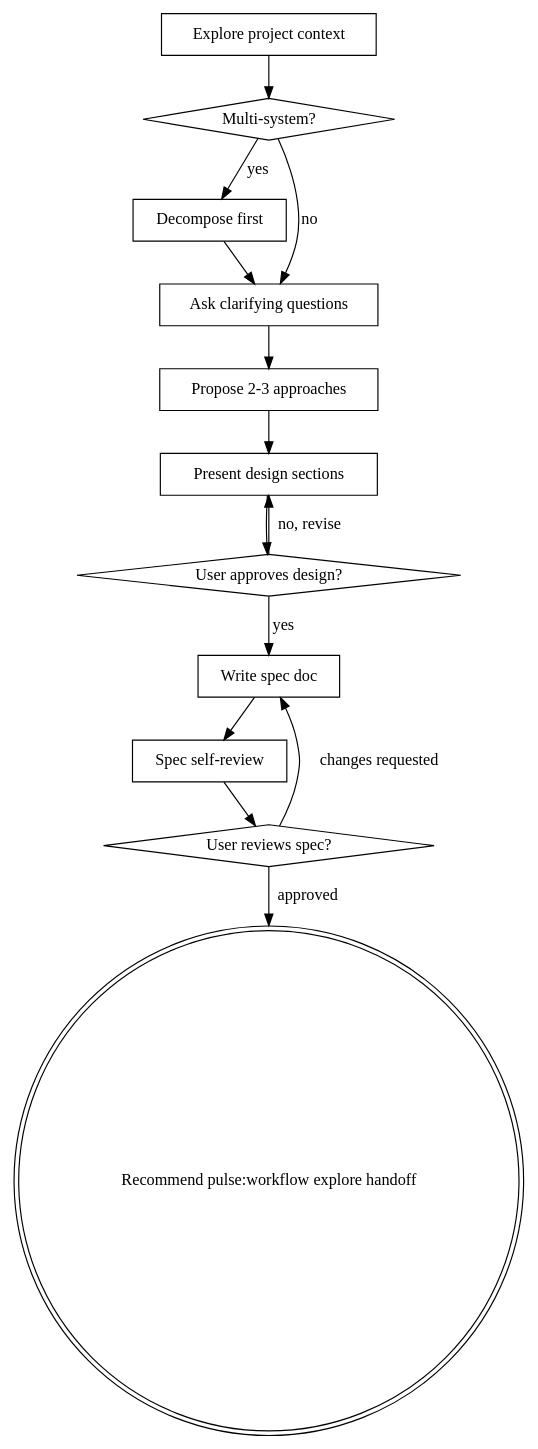
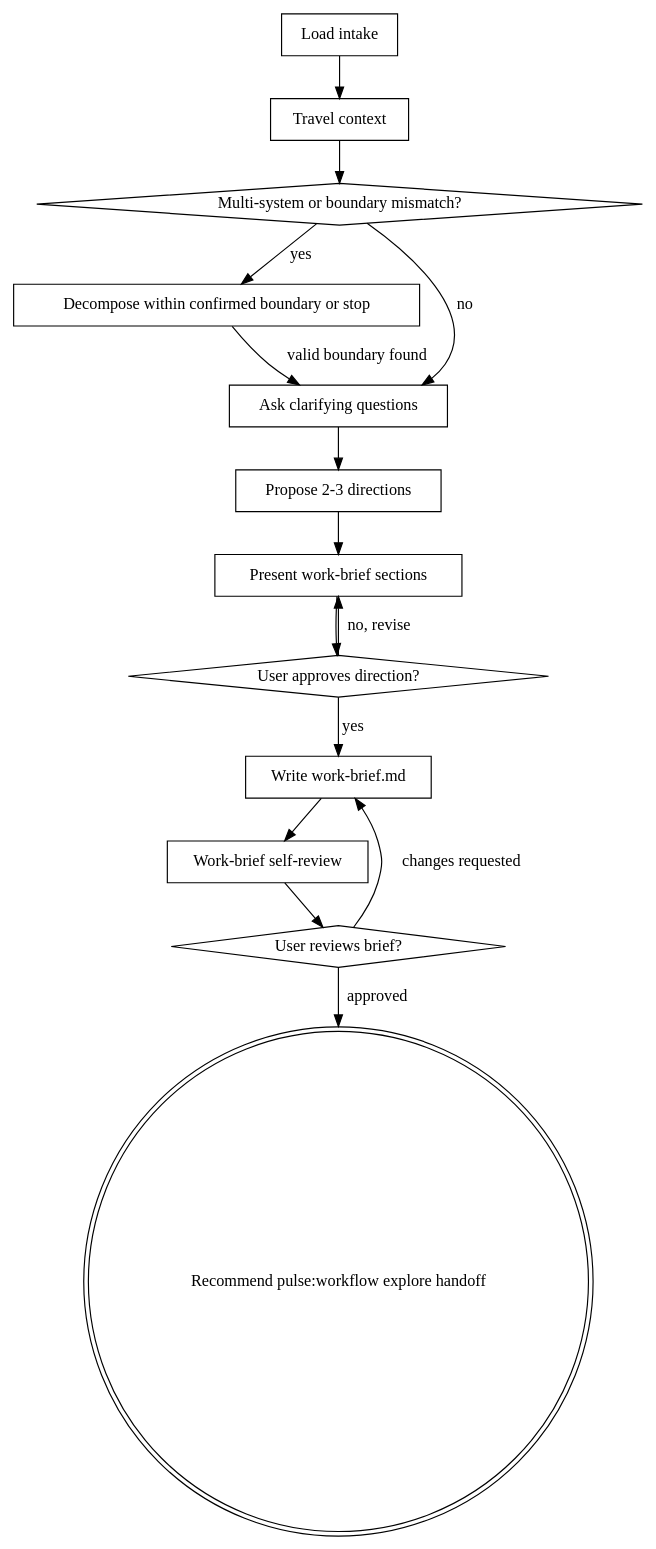
Before and after one commit to quanpersie2001/pulse: the diagram in skills/workflow/references/brainstorm/command.md, drawn with Graphviz. The commit also changed other lines of this file and 6 other files, not shown here.

First line of the commit message:
Refine workflow brainstorm work brief contract

````diff
--- a/skills/workflow/references/brainstorm/command.md
+++ b/skills/workflow/references/brainstorm/command.md
@@ -61,29 +85,31 @@
 ```dot
 digraph brainstorming {
-    "Explore project context" [shape=box];
-    "Multi-system?" [shape=diamond];
-    "Decompose first" [shape=box];
+    "Load intake" [shape=box];
+    "Travel context" [shape=box];
+    "Multi-system or boundary mismatch?" [shape=diamond];
+    "Decompose within confirmed boundary or stop" [shape=box];
     "Ask clarifying questions" [shape=box];
-    "Propose 2-3 approaches" [shape=box];
-    "Present design sections" [shape=box];
-    "User approves design?" [shape=diamond];
-    "Write spec doc" [shape=box];
-    "Spec self-review" [shape=box];
-    "User reviews spec?" [shape=diamond];
+    "Propose 2-3 directions" [shape=box];
+    "Present work-brief sections" [shape=box];
+    "User approves direction?" [shape=diamond];
+    "Write work-brief.md" [shape=box];
+    "Work-brief self-review" [shape=box];
+    "User reviews brief?" [shape=diamond];
     "Recommend pulse:workflow explore handoff" [shape=doublecircle];
 
-    "Explore project context" -> "Multi-system?";
-    "Multi-system?" -> "Decompose first" [label="yes"];
-    "Multi-system?" -> "Ask clarifying questions" [label="no"];
-    "Decompose first" -> "Ask clarifying questions";
-    "Ask clarifying questions" -> "Propose 2-3 approaches";
-    "Propose 2-3 approaches" -> "Present design sections";
-    "Present design sections" -> "User approves design?";
-    "User approves design?" -> "Present design sections" [label="no, revise"];
-    "User approves design?" -> "Write spec doc" [label="yes"];
-    "Write spec doc" -> "Spec self-review";
-    "Spec self-review" -> "User reviews spec?";
-    "User reviews spec?" -> "Write spec doc" [label="changes requested"];
-    "User reviews spec?" -> "Recommend pulse:workflow explore handoff" [label="approved"];
+    "Load intake" -> "Travel context";
+    "Travel context" -> "Multi-system or boundary mismatch?";
+    "Multi-system or boundary mismatch?" -> "Decompose within confirmed boundary or stop" [label="yes"];
+    "Multi-system or boundary mismatch?" -> "Ask clarifying questions" [label="no"];
+    "Decompose within confirmed boundary or stop" -> "Ask clarifying questions" [label="valid boundary found"];
+    "Ask clarifying questions" -> "Propose 2-3 directions";
+    "Propose 2-3 directions" -> "Present work-brief sections";
+    "Present work-brief sections" -> "User approves direction?";
+    "User approves direction?" -> "Present work-brief sections" [label="no, revise"];
+    "User approves direction?" -> "Write work-brief.md" [label="yes"];
+    "Write work-brief.md" -> "Work-brief self-review";
+    "Work-brief self-review" -> "User reviews brief?";
+    "User reviews brief?" -> "Write work-brief.md" [label="changes requested"];
+    "User reviews brief?" -> "Recommend pulse:workflow explore handoff" [label="approved"];
 }
 ```
````
